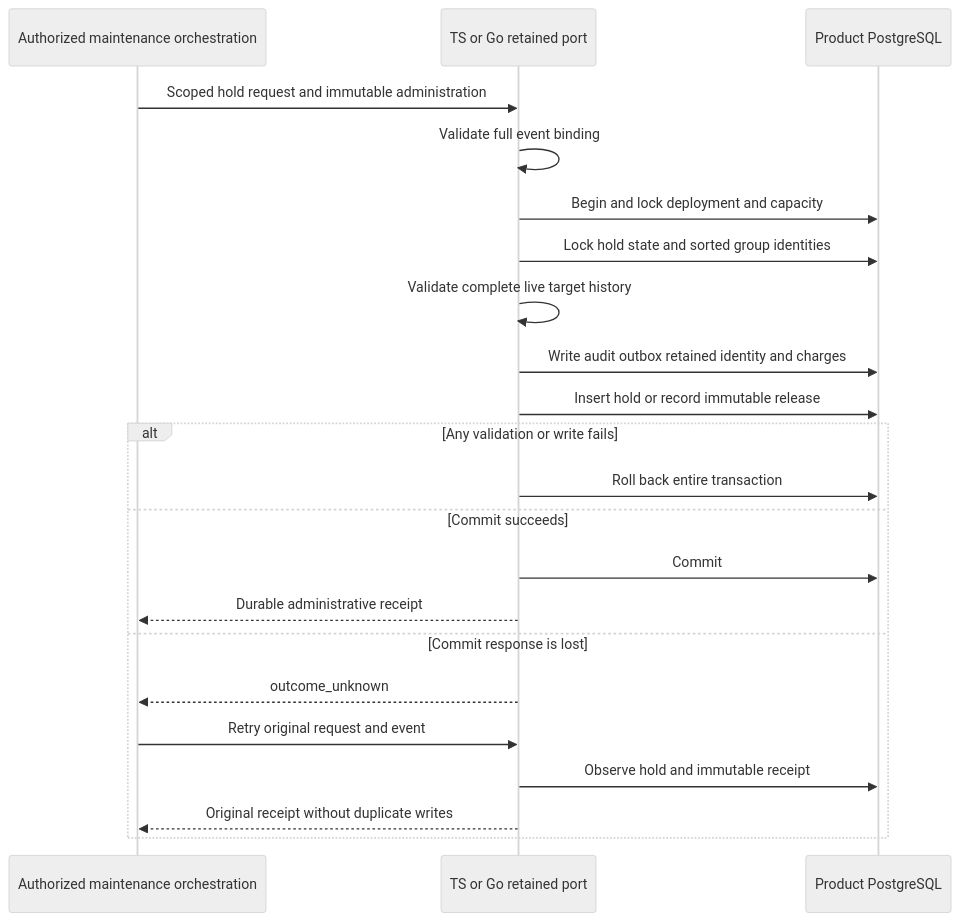
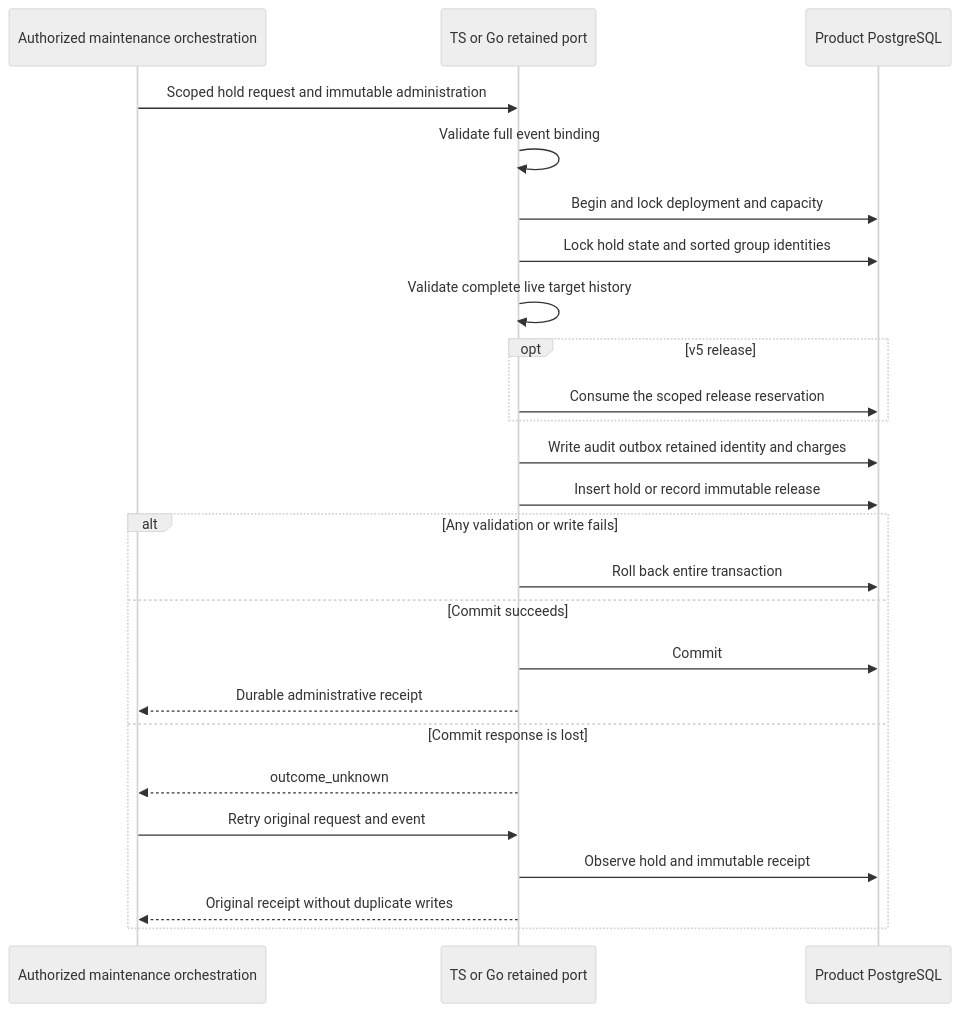
Before and after one commit to techsavvyash/heimdall: the diagram in docs/content/evidence/phase-3-atomic-holds.md, drawn with Mermaid (neutral theme). The commit also changed other lines of this file and 1 other file, not shown here.

Commit message:
Record full v5 hold release verification

````diff
--- a/docs/content/evidence/phase-3-atomic-holds.md
+++ b/docs/content/evidence/phase-3-atomic-holds.md
@@ -11,24 +11,27 @@
 ```mermaid
 sequenceDiagram
   participant Caller as Authorized maintenance orchestration
   participant SDK as TS or Go retained port
   participant DB as Product PostgreSQL
   Caller->>SDK: Scoped hold request and immutable administration
   SDK->>SDK: Validate full event binding
   SDK->>DB: Begin and lock deployment and capacity
   SDK->>DB: Lock hold state and sorted group identities
   SDK->>SDK: Validate complete live target history
+  opt v5 release
+    SDK->>DB: Consume the scoped release reservation
+  end
   SDK->>DB: Write audit outbox retained identity and charges
   SDK->>DB: Insert hold or record immutable release
   alt Any validation or write fails
     SDK->>DB: Roll back entire transaction
   else Commit succeeds
     SDK->>DB: Commit
     SDK-->>Caller: Durable administrative receipt
   else Commit response is lost
     SDK-->>Caller: outcome_unknown
     Caller->>SDK: Retry original request and event
     SDK->>DB: Observe hold and immutable receipt
     SDK-->>Caller: Original receipt without duplicate writes
   end
 ```
````
